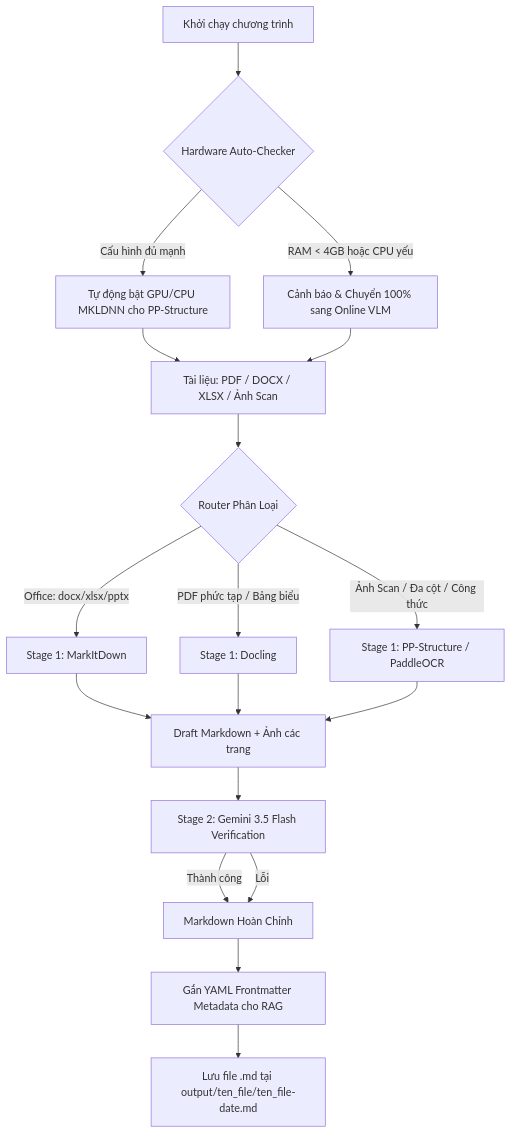
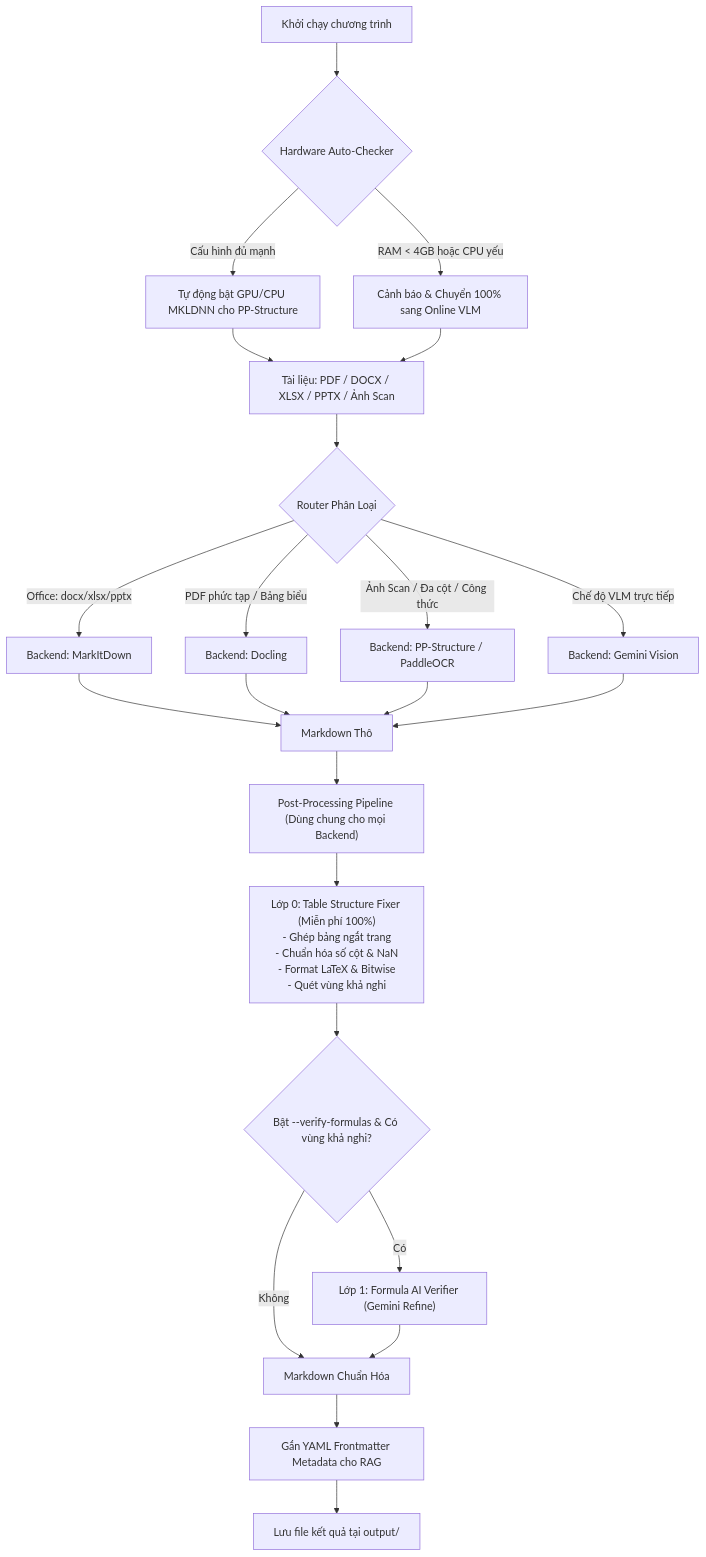
Before and after one commit to nmploc/personal-doc-crawler: the diagram in README.md, drawn with Mermaid. The commit also changed other lines of this file and 7 other files, not shown here.

Commit message:
feat: implement table structure fixer and centralized post-processing pipeline

````diff
--- a/README.md
+++ b/README.md
@@ -21,26 +25,31 @@
 ```mermaid
 flowchart TD
     A[Khởi chạy chương trình] --> B{Hardware Auto-Checker}
     B -->|RAM < 4GB hoặc CPU yếu| C[Cảnh báo & Chuyển 100% sang Online VLM]
     B -->|Cấu hình đủ mạnh| D[Tự động bật GPU/CPU MKLDNN cho PP-Structure]
     
-    D --> E[Tài liệu: PDF / DOCX / XLSX / Ảnh Scan]
+    D --> E[Tài liệu: PDF / DOCX / XLSX / PPTX / Ảnh Scan]
     C --> E
     
     E --> F{Router Phân Loại}
-    F -->|Office: docx/xlsx/pptx| G[Stage 1: MarkItDown]
-    F -->|PDF phức tạp / Bảng biểu| H[Stage 1: Docling]
-    F -->|Ảnh Scan / Đa cột / Công thức| I[Stage 1: PP-Structure / PaddleOCR]
+    F -->|Office: docx/xlsx/pptx| G[Backend: MarkItDown]
+    F -->|PDF phức tạp / Bảng biểu| H[Backend: Docling]
+    F -->|Ảnh Scan / Đa cột / Công thức| I[Backend: PP-Structure / PaddleOCR]
+    F -->|Chế độ VLM trực tiếp| J[Backend: Gemini Vision]
     
-    G --> J[Draft Markdown + Ảnh các trang]
-    H --> J
-    I --> J
+    G --> K[Markdown Thô]
+    H --> K
+    I --> K
+    J --> K
     
-    J --> K[Stage 2: Gemini 3.5 Flash Verification]
+    K --> L["Post-Processing Pipeline (Dùng chung cho mọi Backend)"]
+    L --> M["Lớp 0: Table Structure Fixer (Miễn phí 100%)<br>- Ghép bảng ngắt trang<br>- Chuẩn hóa số cột & NaN<br>- Format LaTeX & Bitwise<br>- Quét vùng khả nghi"]
     
-    K -->|Thành công| R[Markdown Hoàn Chỉnh]
-    K -->|Lỗi| R
+    M --> N{Bật --verify-formulas & Có vùng khả nghi?}
+    N -->|Có| O["Lớp 1: Formula AI Verifier (Gemini Refine)"]
+    N -->|Không| P[Markdown Chuẩn Hóa]
+    O --> P
     
-    R --> S[Gắn YAML Frontmatter Metadata cho RAG]
-    S --> T[Lưu file .md tại output/ten_file/ten_file-date.md]
+    P --> Q[Gắn YAML Frontmatter Metadata cho RAG]
+    Q --> R[Lưu file kết quả tại output/]
 ```
````
